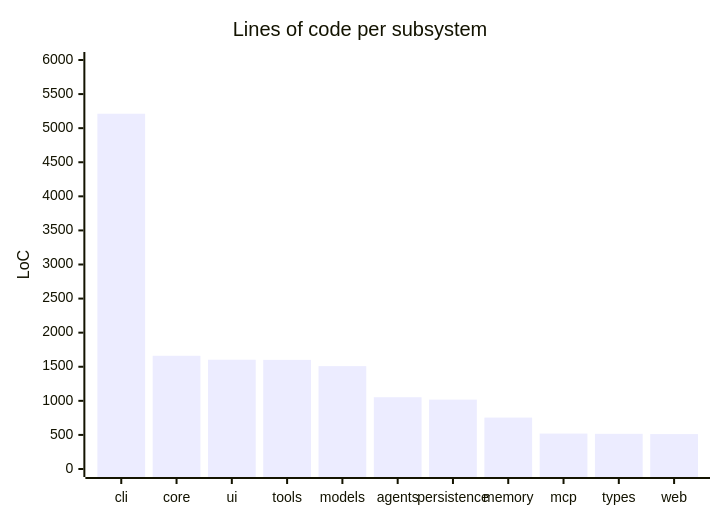
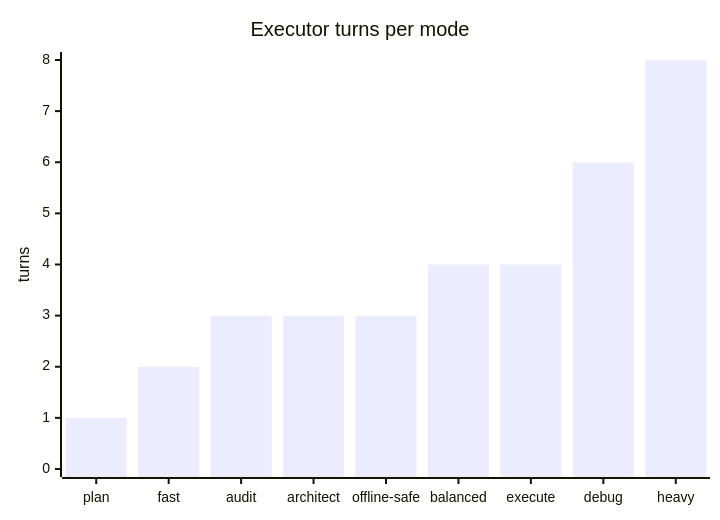
Before and after one commit to hoangsonww/Forge-Agentic-Coding-CLI: diagram 12 of 12 in docs/ARCHITECTURE.md, drawn with Mermaid. The commit also changed other lines of this file and 3 other files, not shown here.

````diff
--- a/docs/ARCHITECTURE.md
+++ b/docs/ARCHITECTURE.md
@@ -509,7 +521,7 @@
 ```mermaid
 xychart-beta
-  title "Lines of code per subsystem"
-  x-axis ["cli","core","ui","tools","models","agents","persistence","memory","mcp","types","web"]
-  y-axis "LoC" 0 --> 6000
-  bar [5212, 1661, 1603, 1601, 1509, 1053, 1018, 754, 520, 516, 512]
+  title "Executor turns per mode"
+  x-axis ["plan", "fast", "audit", "architect", "offline-safe", "balanced", "execute", "debug", "heavy"]
+  y-axis "turns" 0 --> 8
+  bar [1, 2, 3, 3, 3, 4, 4, 6, 8]
 ```
````
